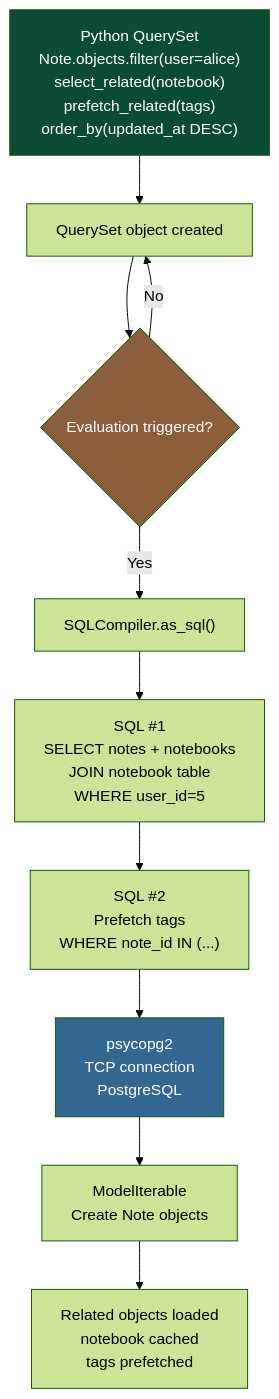
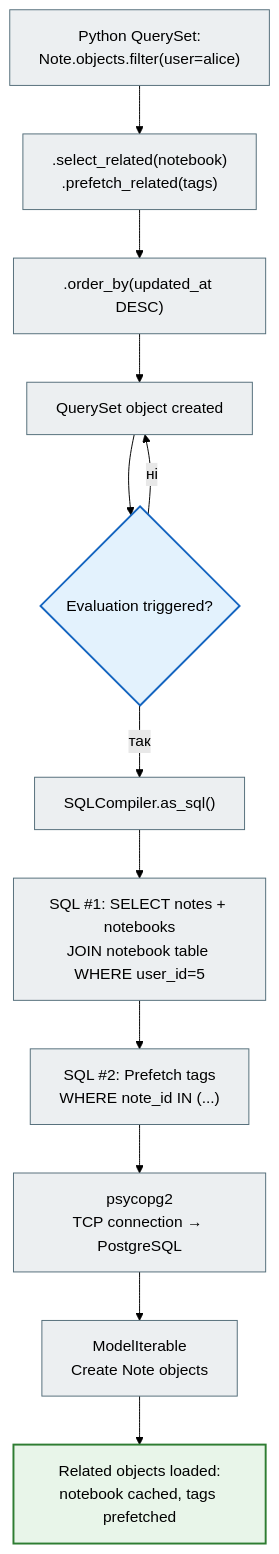
One commit to NikoriakViktot/notes_chat_app changed the third of 20 diagrams in docs/03_database_and_orm/orm_mermaid_full.md. Above: the diagram before and after it, drawn with Mermaid (forest theme). The commit also changed other lines of this file and 441 other files, not shown here.

First line of the commit message:
Add English version of the book, Mermaid standard, docs fixes

````diff
--- a/docs/03_database_and_orm/orm_mermaid_full.md
+++ b/docs/03_database_and_orm/orm_mermaid_full.md
@@ -161,57 +169,55 @@
 ```mermaid
 graph TD
 
-    A["Python QuerySet
-Note.objects.filter(user=alice)
-select_related(notebook)
-prefetch_related(tags)
-order_by(updated_at DESC)"]
+    A["Python QuerySet:<br>Note.objects.filter(user=alice)"]
+
+    A2[".select_related(notebook)<br>.prefetch_related(tags)"]
+
+    A3[".order_by(updated_at DESC)"]
 
     B["QuerySet object created"]
 
     C{"Evaluation triggered?"}
 
     D["SQLCompiler.as_sql()"]
 
-    E["SQL #1
-SELECT notes + notebooks
-JOIN notebook table
-WHERE user_id=5"]
+    E["SQL #1: SELECT notes + notebooks<br>JOIN notebook table WHERE user_id=5"]
 
-    F["SQL #2
-Prefetch tags
-WHERE note_id IN (...)"]
+    F["SQL #2: Prefetch tags<br>WHERE note_id IN (...)"]
 
-    G["psycopg2
-TCP connection
-PostgreSQL"]
+    G["psycopg2<br>TCP connection → PostgreSQL"]
 
-    H["ModelIterable
-Create Note objects"]
+    H["ModelIterable<br>Create Note objects"]
 
-    I["Related objects loaded
-notebook cached
-tags prefetched"]
+    I["Related objects loaded:<br>notebook cached, tags prefetched"]
 
-    A --> B
+    A --> A2
+
+    A2 --> A3
+
+    A3 --> B
 
     B --> C
 
-    C -->|"No"| B
+    C -->|"ні"| B
 
-    C -->|"Yes"| D
+    C -->|"так"| D
 
     D --> E
 
     E --> F
 
     F --> G
 
     G --> H
 
     H --> I
 
-    style A fill:#0C4B33,color:#fff
-    style G fill:#336791,color:#fff
-    style C fill:#8B5E3C,color:#fff
+    classDef step     fill:#eceff1,stroke:#546e7a,stroke-width:1px;
+    classDef decision fill:#e3f2fd,stroke:#1565c0,stroke-width:2px;
+    classDef success  fill:#e8f5e9,stroke:#2e7d32,stroke-width:2px;
+
+    class A,A2,A3,B,D,E,F,G,H step;
+    class C decision;
+    class I success;
 ```
````
